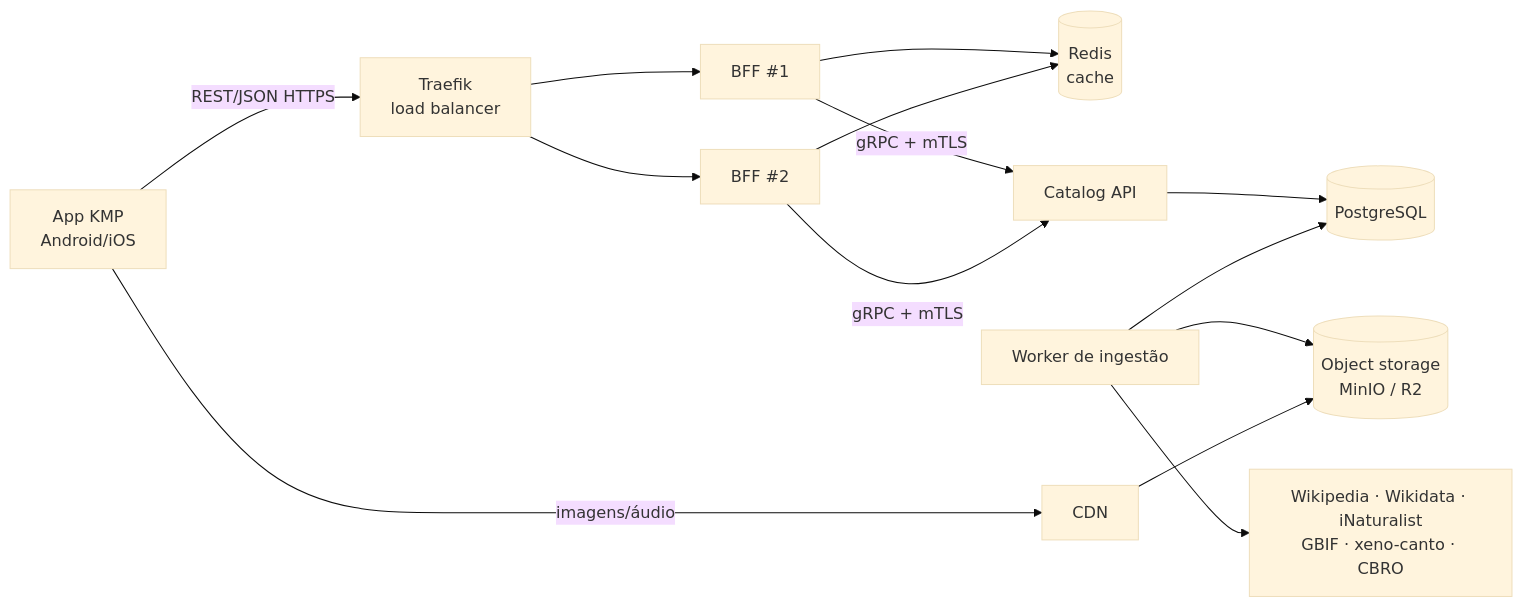
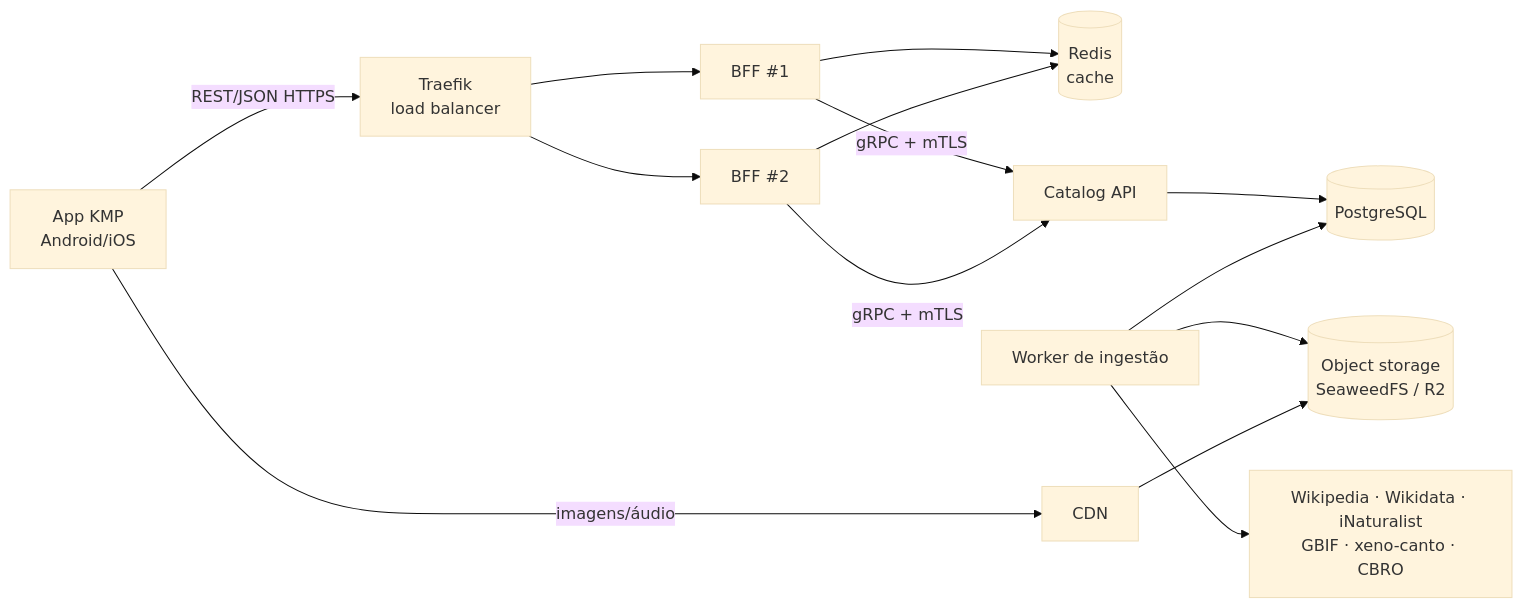
Before and after one commit to velosobr/passarim-docs: the diagram in docs/superpowers/specs/2026-10-01-passarim-design.md, drawn with Mermaid (base theme). The commit also changed other lines of this file and 9 other files, not shown here.

````diff
--- a/docs/superpowers/specs/2026-10-01-passarim-design.md
+++ b/docs/superpowers/specs/2026-10-01-passarim-design.md
@@ -51,13 +51,13 @@
 ```mermaid
 flowchart LR
     App[App KMP<br/>Android/iOS] -- REST/JSON HTTPS --> LB[Traefik<br/>load balancer]
     LB --> BFF1[BFF #1]
     LB --> BFF2[BFF #2]
     BFF1 & BFF2 --> Redis[(Redis<br/>cache)]
     BFF1 & BFF2 -- gRPC + mTLS --> CAT[Catalog API]
     CAT --> PG[(PostgreSQL)]
     W[Worker de ingestão] --> PG
-    W --> S3[(Object storage<br/>MinIO / R2)]
+    W --> S3[(Object storage<br/>SeaweedFS / R2)]
     App -- imagens/áudio --> CDN[CDN] --> S3
     W --> EXT[Wikipedia · Wikidata · iNaturalist<br/>GBIF · xeno-canto · CBRO]
 ```
````
